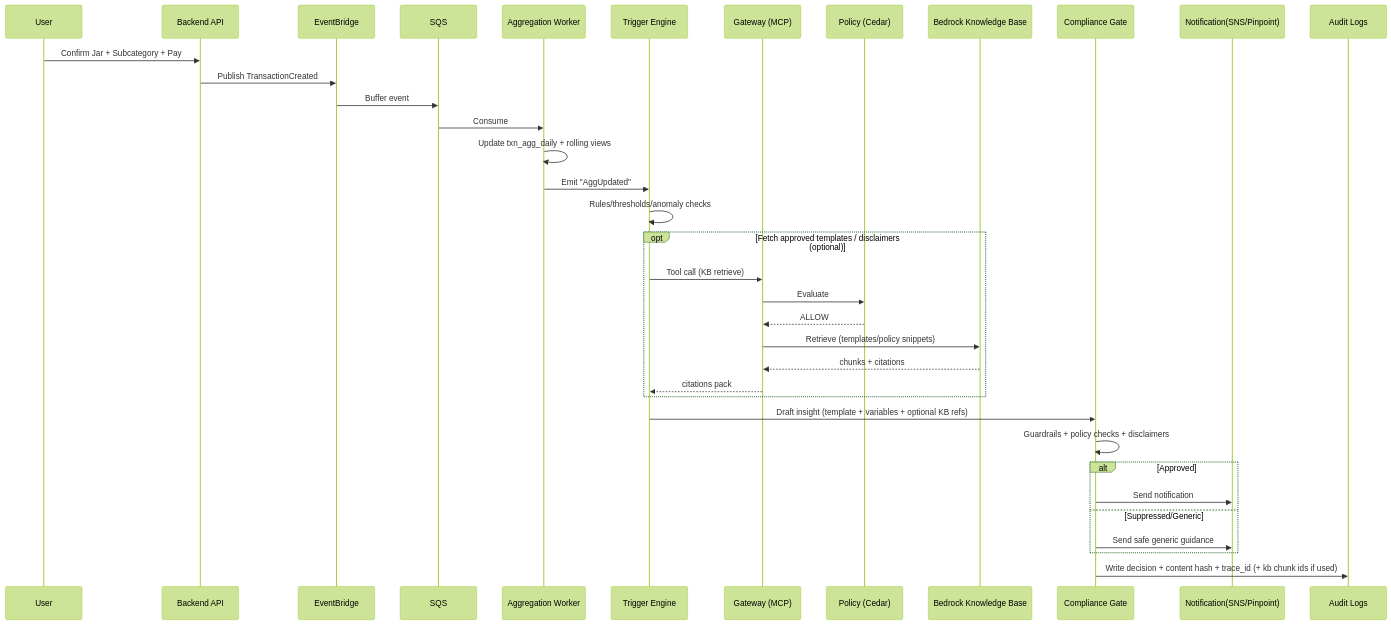
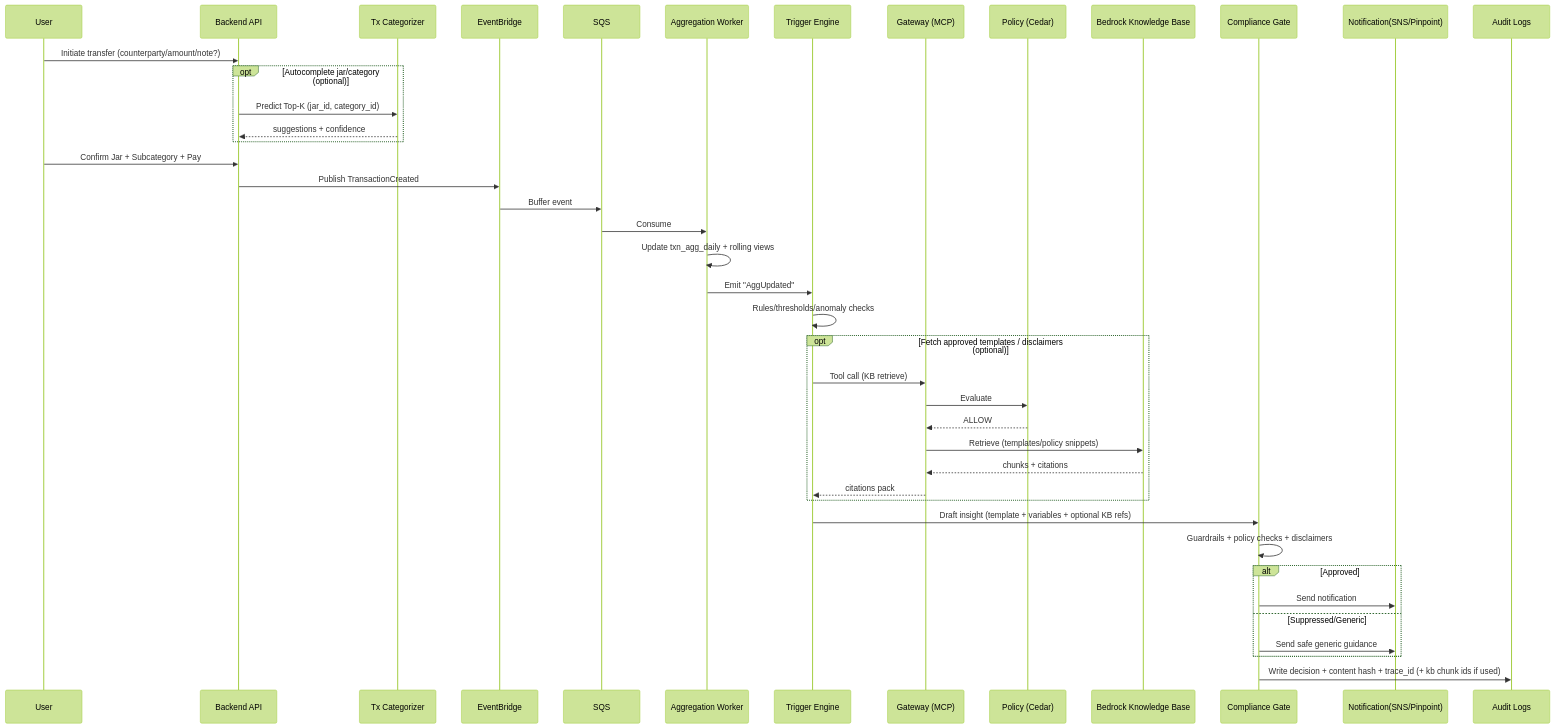
One commit to thphuc06/swin_hackathon changed the third of 6 diagrams in PROJECT_STACK.md. Above: the diagram before and after it, drawn with Mermaid (forest theme). The commit also changed other lines of this file and 1 other file, not shown here.

Commit message:
add model_data_train.md and additional logic flow

````diff
--- a/PROJECT_STACK.md
+++ b/PROJECT_STACK.md
@@ -291,41 +297,47 @@
 ```mermaid
 sequenceDiagram
   participant User
   participant API as Backend API
+  participant CAT as Tx Categorizer
   participant EB as EventBridge
   participant Q as SQS
   participant Agg as Aggregation Worker
   participant Trig as Trigger Engine
   participant GW as Gateway (MCP)
   participant POL as Policy (Cedar)
   participant KB as Bedrock Knowledge Base
   participant Gate as Compliance Gate
   participant N as Notification(SNS/Pinpoint)
   participant Audit as Audit Logs
 
+  User->>API: Initiate transfer (counterparty/amount/note?)
+  opt Autocomplete jar/category (optional)
+    API->>CAT: Predict Top-K (jar_id, category_id)
+    CAT-->>API: suggestions + confidence
+  end
   User->>API: Confirm Jar + Subcategory + Pay
   API->>EB: Publish TransactionCreated
   EB->>Q: Buffer event
   Q->>Agg: Consume
   Agg->>Agg: Update txn_agg_daily + rolling views
   Agg->>Trig: Emit "AggUpdated"
   Trig->>Trig: Rules/thresholds/anomaly checks
 
   opt Fetch approved templates / disclaimers (optional)
     Trig->>GW: Tool call (KB retrieve)
     GW->>POL: Evaluate
     POL-->>GW: ALLOW
     GW->>KB: Retrieve (templates/policy snippets)
     KB-->>GW: chunks + citations
     GW-->>Trig: citations pack
   end
 
   Trig->>Gate: Draft insight (template + variables + optional KB refs)
   Gate->>Gate: Guardrails + policy checks + disclaimers
   alt Approved
     Gate->>N: Send notification
   else Suppressed/Generic
     Gate->>N: Send safe generic guidance
   end
   Gate->>Audit: Write decision + content hash + trace_id (+ kb chunk ids if used)
 ```
````
